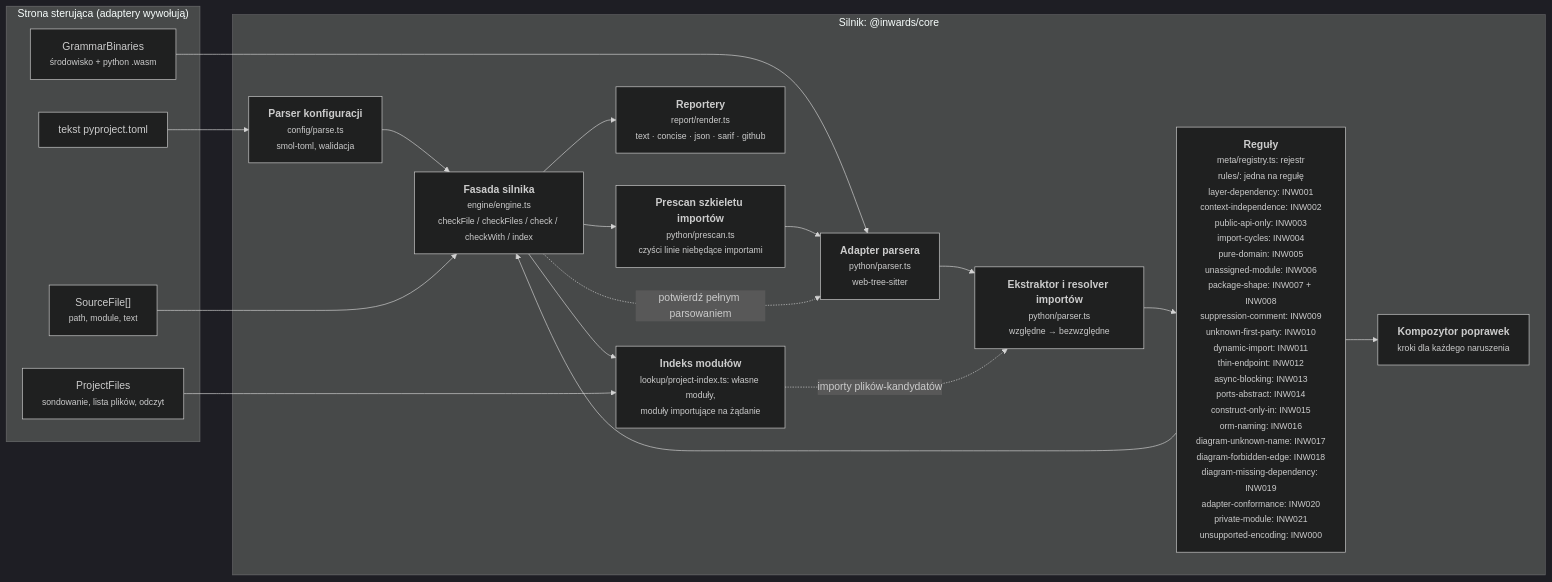
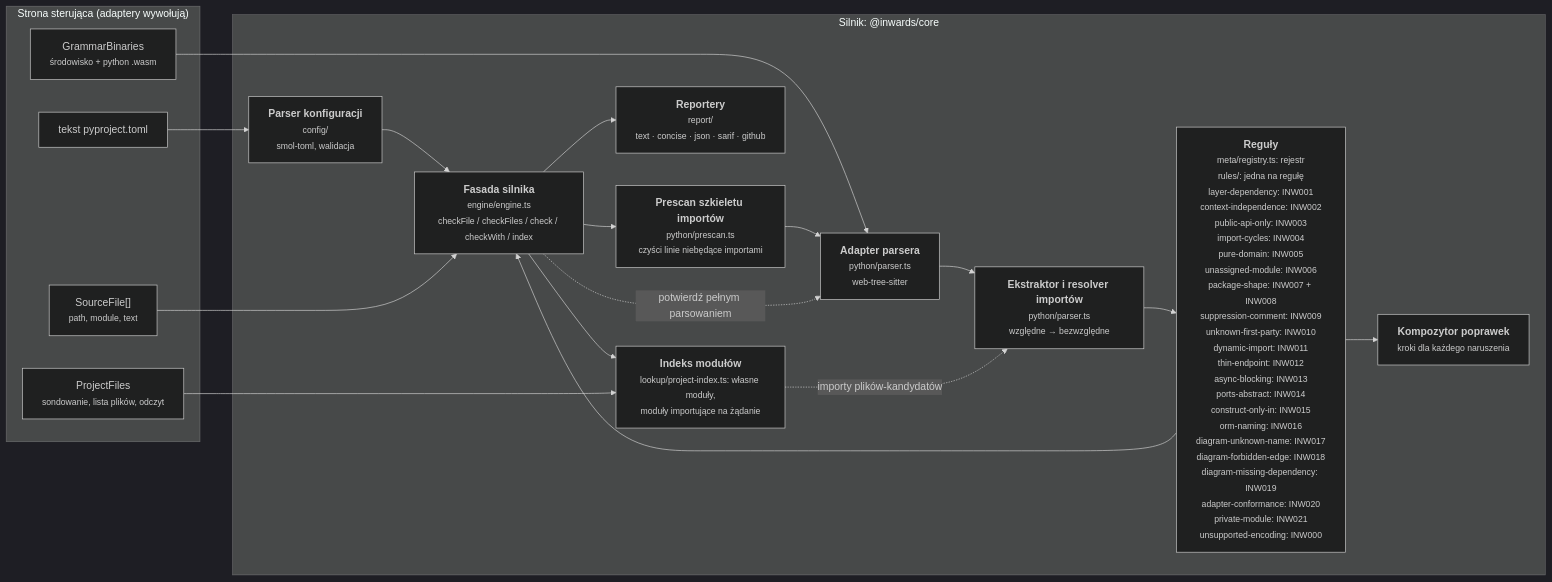
Before and after one commit to SirCypkowskyy/inwards: the third of 6 diagrams in docs/pl/03-Architecture-C4.md, drawn with Mermaid (dark theme). The commit also changed other lines of this file and 106 other files, not shown here.

First line of the commit message:
chore(engine): give config/, diagram/, baseline/ and report/ a public index (#424) (#458)

````diff
--- a/docs/pl/03-Architecture-C4.md
+++ b/docs/pl/03-Architecture-C4.md
@@ -110,33 +110,33 @@
 ```mermaid
 flowchart LR
     subgraph driving["Strona sterująca (adaptery wywołują)"]
         files["SourceFile[]<br/><small>path, module, text</small>"]
         cfgtext["tekst pyproject.toml"]
         wasm["GrammarBinaries<br/><small>środowisko + python .wasm</small>"]
         pfiles["ProjectFiles<br/><small>sondowanie, lista plików, odczyt</small>"]
     end
 
     subgraph enginebox["Silnik: @inwards/core"]
-        config["<b>Parser konfiguracji</b><br/><small>config/parse.ts<br/>smol-toml, walidacja</small>"]
+        config["<b>Parser konfiguracji</b><br/><small>config/<br/>smol-toml, walidacja</small>"]
         pre["<b>Prescan szkieletu importów</b><br/><small>python/prescan.ts<br/>czyści linie niebędące importami</small>"]
         parser["<b>Adapter parsera</b><br/><small>python/parser.ts<br/>web-tree-sitter</small>"]
         extract["<b>Ekstraktor i resolver importów</b><br/><small>python/parser.ts<br/>względne → bezwzględne</small>"]
         rules["<b>Reguły</b><br/><small>meta/registry.ts: rejestr<br/>rules/: jedna na regułę<br/>layer-dependency: INW001<br/>context-independence: INW002<br/>public-api-only: INW003<br/>import-cycles: INW004<br/>pure-domain: INW005<br/>unassigned-module: INW006<br/>package-shape: INW007 + INW008<br/>suppression-comment: INW009<br/>unknown-first-party: INW010<br/>dynamic-import: INW011<br/>thin-endpoint: INW012<br/>async-blocking: INW013<br/>ports-abstract: INW014<br/>construct-only-in: INW015<br/>orm-naming: INW016<br/>diagram-unknown-name: INW017<br/>diagram-forbidden-edge: INW018<br/>diagram-missing-dependency: INW019<br/>adapter-conformance: INW020<br/>private-module: INW021<br/>unsupported-encoding: INW000</small>"]
         fix["<b>Kompozytor poprawek</b><br/><small>kroki dla każdego naruszenia</small>"]
-        report["<b>Reportery</b><br/><small>report/render.ts<br/>text · concise · json · sarif · github</small>"]
+        report["<b>Reportery</b><br/><small>report/<br/>text · concise · json · sarif · github</small>"]
         engine["<b>Fasada silnika</b><br/><small>engine/engine.ts<br/>checkFile / checkFiles / check / checkWith / index</small>"]
         modgraph["<b>Indeks modułów</b><br/><small>lookup/project-index.ts: własne moduły,<br/>moduły importujące na żądanie</small>"]
     end
 
     cfgtext --> config --> engine
     wasm --> parser
     files --> engine
     engine --> pre --> parser --> extract --> rules
     rules --> fix
     rules --> engine
     engine -. "potwierdź pełnym parsowaniem" .-> parser
     engine --> modgraph
     pfiles --> modgraph
     modgraph -. "importy plików-kandydatów" .-> extract
     engine --> report
 ```
````
